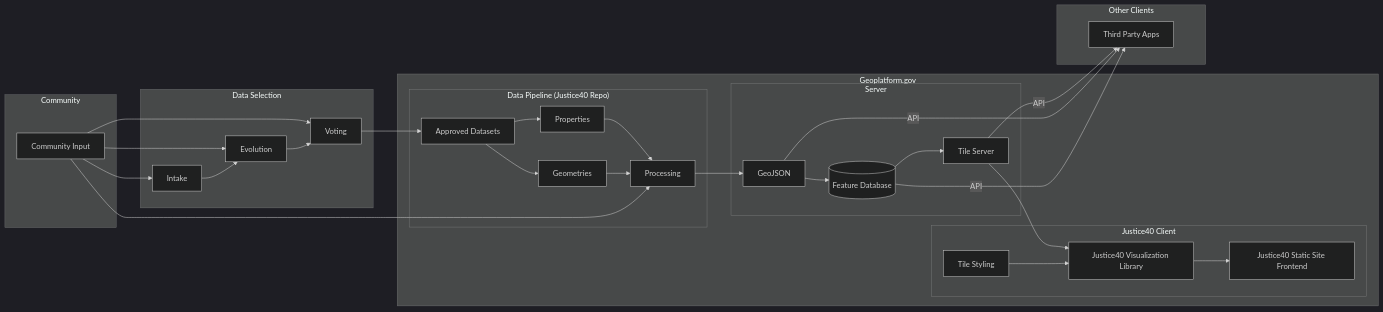
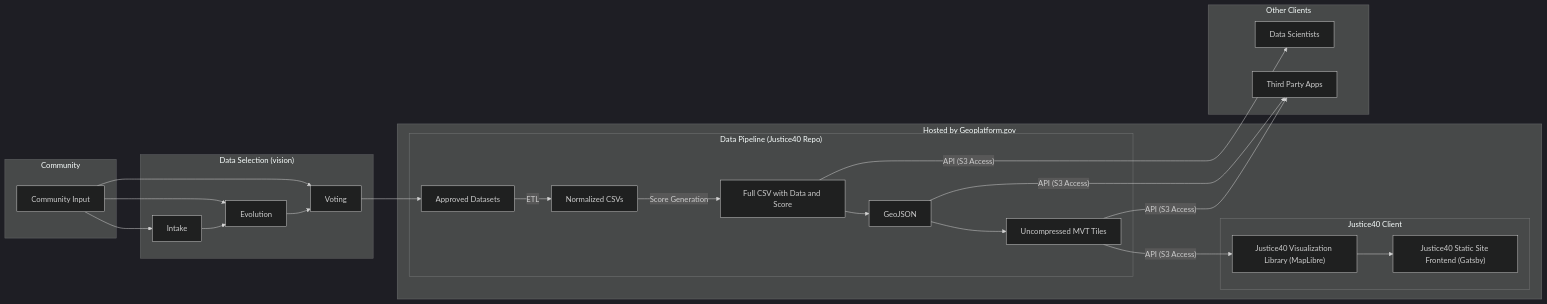
The diagram in docs/architecture/architecture.mmd (usds/justice40-tool), drawn with Mermaid (dark theme) before and after one commit. The commit also changed other lines of this file and 7 other files, not shown here.

First line of the commit message:
Update diagrams in architecture docs

```diff
--- a/docs/architecture/architecture.mmd
+++ b/docs/architecture/architecture.mmd
@@ -1,38 +1,31 @@
 graph LR
     subgraph c["Community"]
         input["Community Input"]
     end
 
-    subgraph ds["Data Selection"]
+    subgraph ds["Data Selection (vision)"]
         input --> Intake
         input --> Evolution
         input --> Voting
         Intake --> Evolution --> Voting
     end
     
-    subgraph s["Geoplatform.gov"]
+    subgraph s["Hosted by Geoplatform.gov"]
         subgraph dp["Data Pipeline (Justice40 Repo)"]
             Voting --> a["Approved Datasets"]
-            a --> Properties
-            a --> Geometries
-            Properties --> Processing
-            Geometries --> Processing
-            input --> Processing
+            a -- ETL --> ncsv["Normalized CSVs"]
+            ncsv--"Score Generation"--> ScoreCSV["Full CSV with Data and Score"]
+            ScoreCSV-->GeoJSON
+            GeoJSON-->MVT["Uncompressed MVT Tiles"]
         end
-        subgraph Server
-            Processing --> GeoJSON
-            GeoJSON --> db[("Feature Database")]
-            db --> tileserv["Tile Server"]
-        end
-            subgraph j40["Justice40 Client"]
-            tileserv --> vl
-            ts["Tile Styling"] --> vl["Justice40 Visualization Library"]
-            vl --> fe["Justice40 Static Site Frontend"]
+        subgraph j40["Justice40 Client"]
+            MVT --"API (S3 Access)"--> vl["Justice40 Visualization Library (MapLibre)"]
+            vl --> fe["Justice40 Static Site Frontend (Gatsby)"]
         end
     end
 
     subgraph oc["Other Clients"]
-        tileserv -- API --> 3p["Third Party Apps"]
-        GeoJSON -- API --> 3p
-        db -- API --> 3p
+        ScoreCSV --"API (S3 Access)" --> DS["Data Scientists"]
+        GeoJSON -- "API (S3 Access)" --> 3["Third Party Apps"]
+        MVT -- "API (S3 Access)" --> 3["Third Party Apps"]
     end
```
